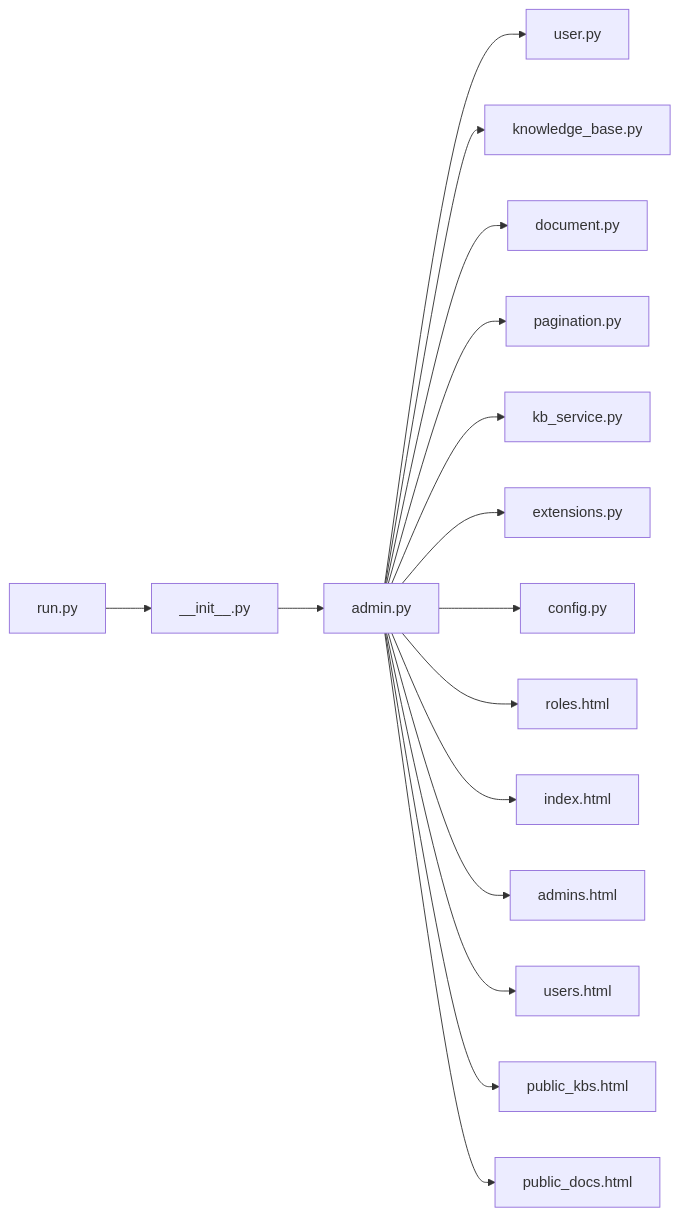
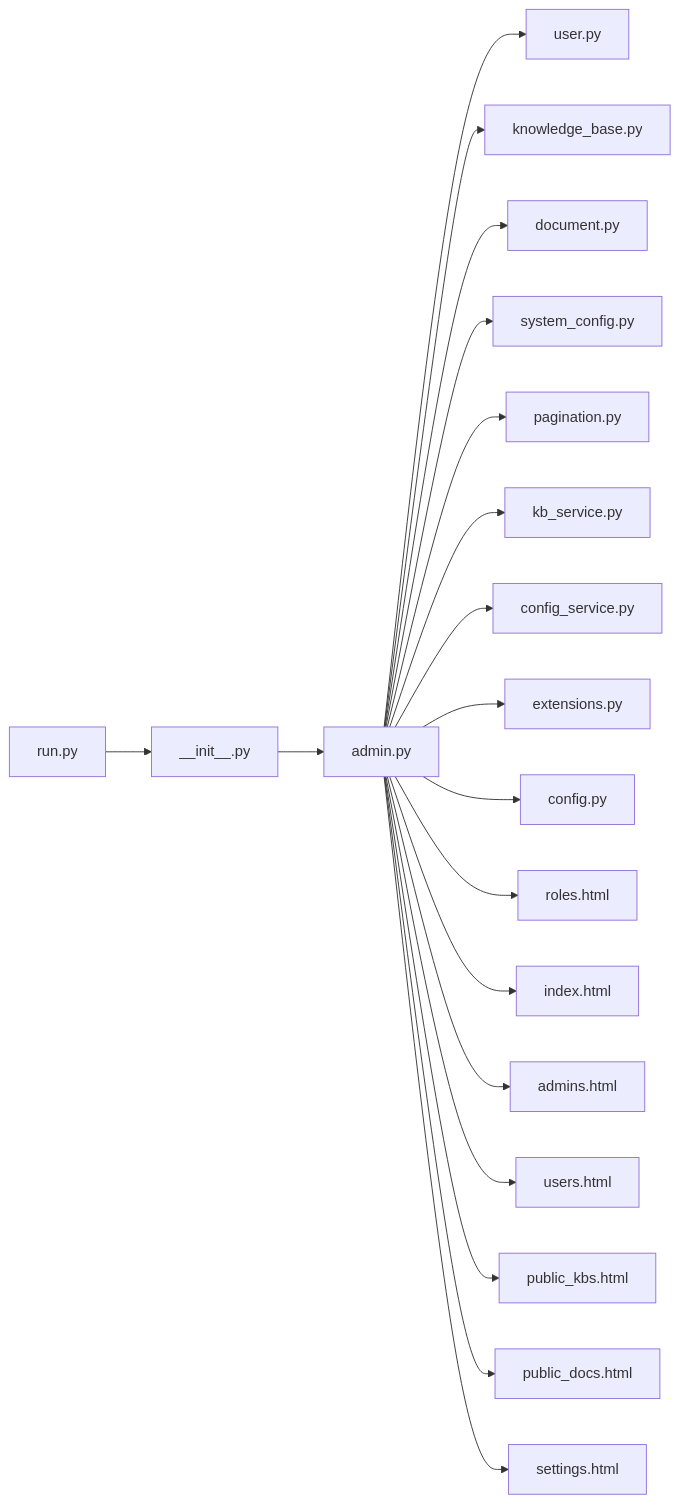
The ninth of 9 diagrams in .qoder/repowiki/zh/content/架构设计/蓝图系统设计/管理员蓝图 (Admin Blueprint).md (beyondalbert/my_wiki), drawn with Mermaid before and after one commit. The commit also changed other lines of this file and 5 other files, not shown here.

````diff
--- a/.qoder/repowiki/zh/content/架构设计/蓝图系统设计/管理员蓝图 (Admin Blueprint).md
+++ b/.qoder/repowiki/zh/content/架构设计/蓝图系统设计/管理员蓝图 (Admin Blueprint).md
@@ -430,18 +504,21 @@
 ```mermaid
 graph LR
 AdminBP["admin.py"] --> UserM["user.py"]
 AdminBP --> KBM["knowledge_base.py"]
 AdminBP --> DocM["document.py"]
+AdminBP --> SCM["system_config.py"]
 AdminBP --> PagU["pagination.py"]
 AdminBP --> KBSvc["kb_service.py"]
+AdminBP --> CSvc["config_service.py"]
 AdminBP --> Ext["extensions.py"]
 AdminBP --> Cfg["config.py"]
 AdminBP --> RolesTpl["roles.html"]
 AdminBP --> IndexTpl["index.html"]
 AdminBP --> AdminsTpl["admins.html"]
 AdminBP --> UsersTpl["users.html"]
 AdminBP --> PKBsTpl["public_kbs.html"]
 AdminBP --> PDocsTpl["public_docs.html"]
+AdminBP --> SettTpl["settings.html"]
 InitApp["__init__.py"] --> AdminBP
 Run["run.py"] --> InitApp
 ```
````
